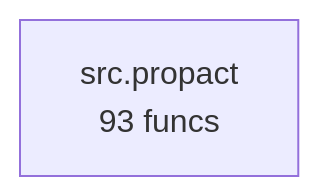
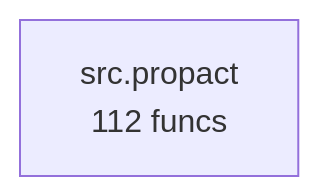
The diagram in project/compact_flow.mmd (pactown-com/propact), drawn with Mermaid before and after one commit. The commit also changed 31 other files, not shown here.

```diff
--- a/project/compact_flow.mmd
+++ b/project/compact_flow.mmd
@@ -1,2 +1,2 @@
 flowchart TD
-    src__propact["src.propact<br/>93 funcs"]
+    src__propact["src.propact<br/>112 funcs"]
```
